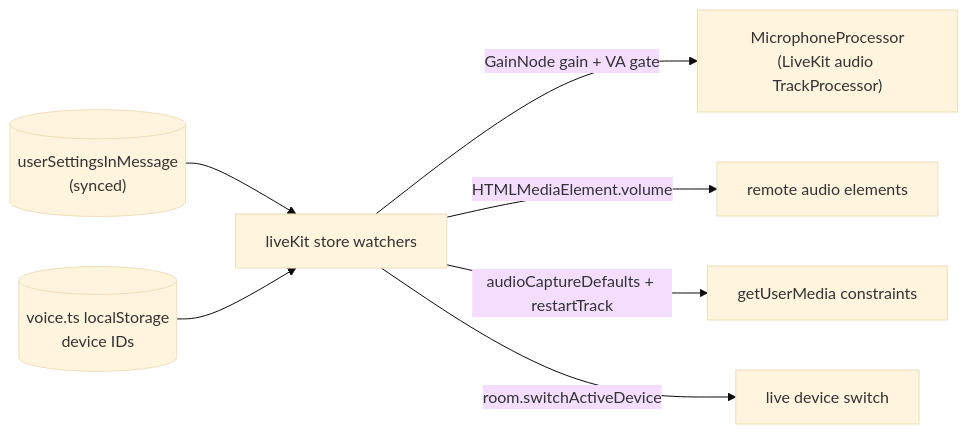
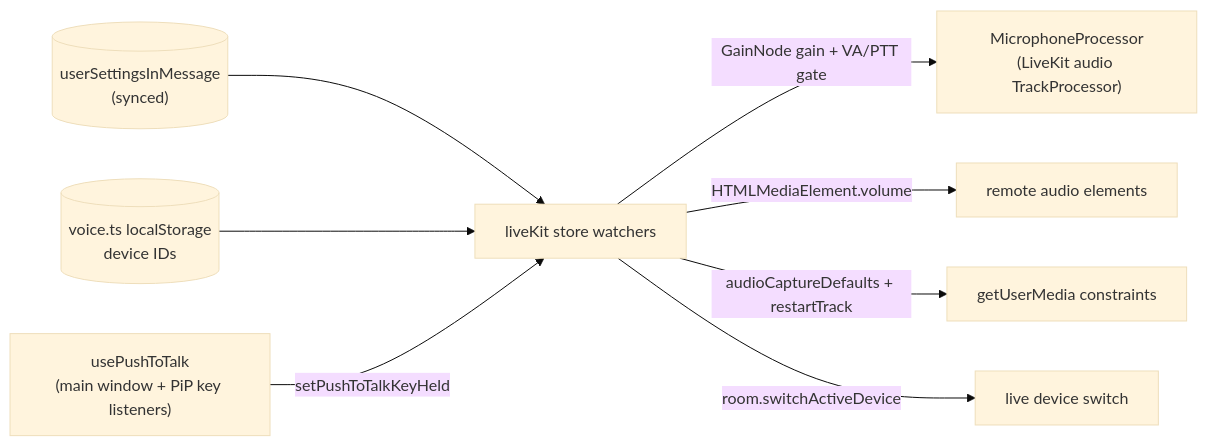
Before and after one commit to Esposter/Esposter: the diagram in packages/app/content/docs/esbabbler/voice-video.md, drawn with Mermaid (base theme). The commit also changed other lines of this file and 41 other files, not shown here.

````diff
--- a/packages/app/content/docs/esbabbler/voice-video.md
+++ b/packages/app/content/docs/esbabbler/voice-video.md
@@ -19,9 +19,10 @@
 ```mermaid
 flowchart LR
   DB[("userSettingsInMessage<br/>(synced)")] --> LK["liveKit store watchers"]
   LOCAL[("voice.ts localStorage<br/>device IDs")] --> LK
-  LK -->|"GainNode gain + VA gate"| MP["MicrophoneProcessor<br/>(LiveKit audio TrackProcessor)"]
+  PTT["usePushToTalk<br/>(main window + PiP key listeners)"] -->|"setPushToTalkKeyHeld"| LK
+  LK -->|"GainNode gain + VA/PTT gate"| MP["MicrophoneProcessor<br/>(LiveKit audio TrackProcessor)"]
   LK -->|"HTMLMediaElement.volume"| SPK["remote audio elements"]
   LK -->|"audioCaptureDefaults + restartTrack"| GUM["getUserMedia constraints"]
   LK -->|"room.switchActiveDevice"| DEV["live device switch"]
 ```
````
